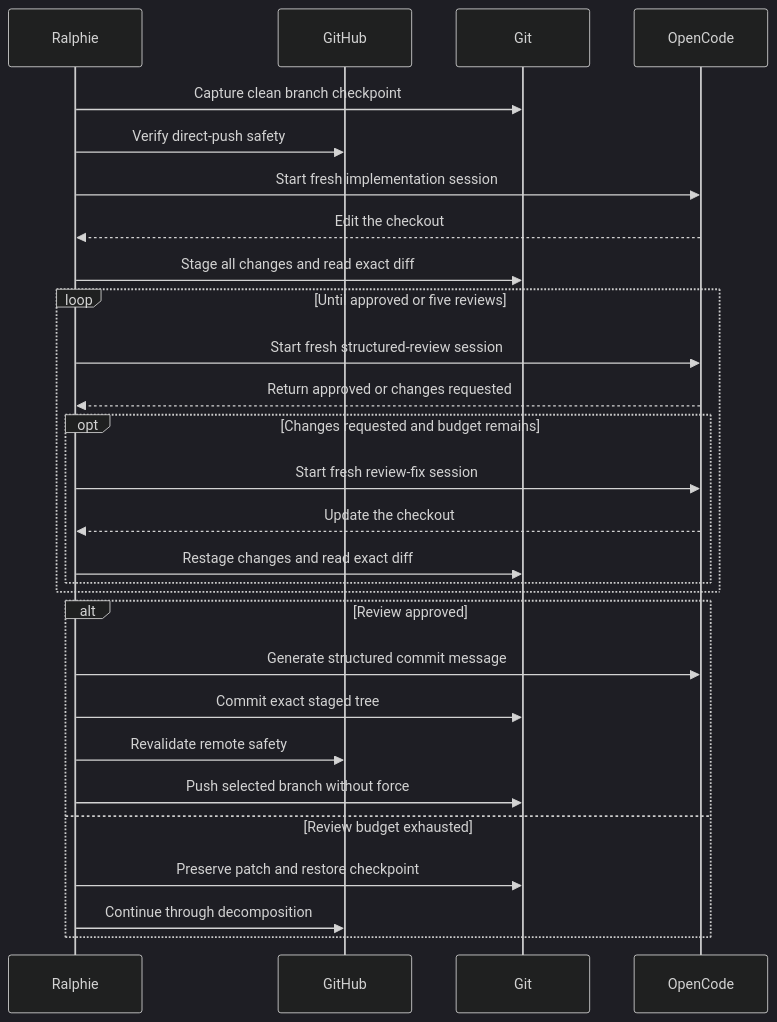
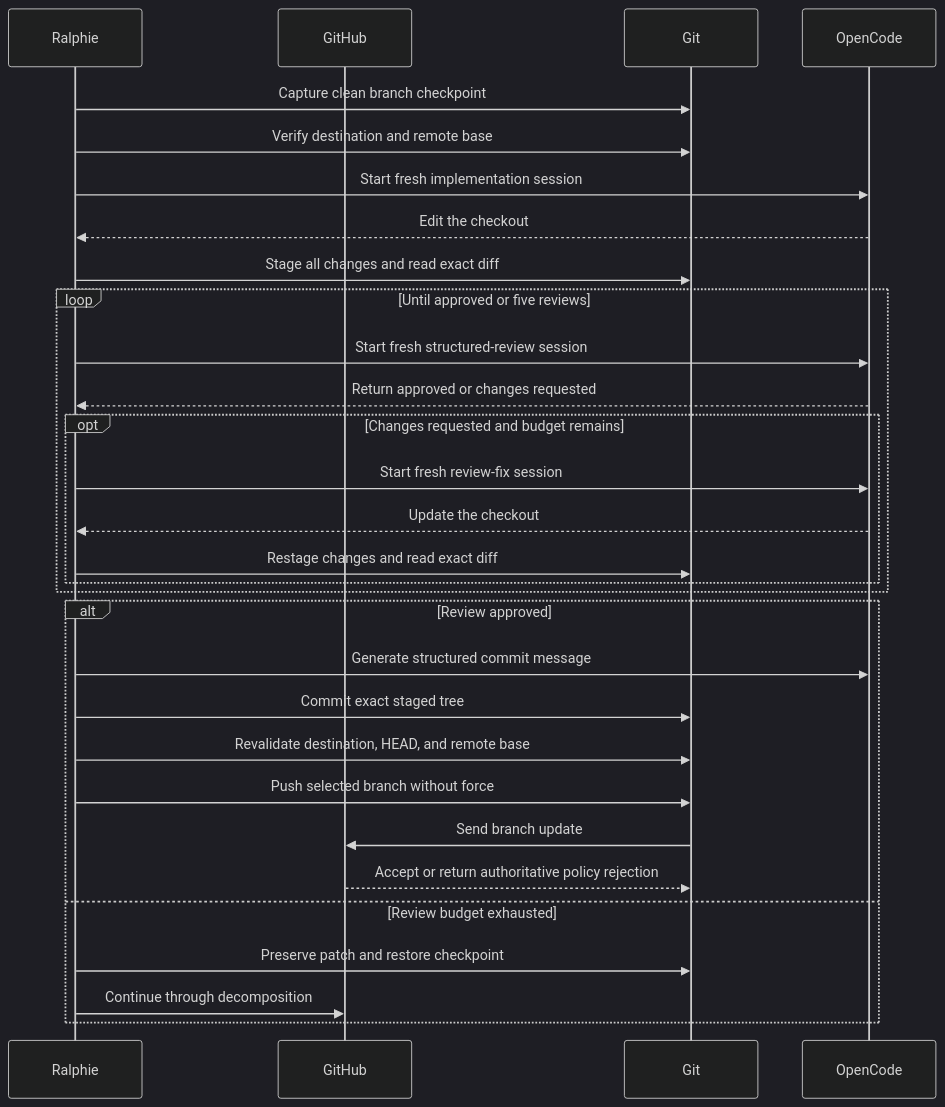
The second of 5 diagrams in README.md (beremaran/ralphie), drawn with Mermaid (dark theme) before and after one commit. The commit also changed other lines of this file and 9 other files, not shown here.

Commit message:
defer branch policy enforcement to push

````diff
--- a/README.md
+++ b/README.md
@@ -150,33 +150,35 @@
 ```mermaid
 sequenceDiagram
     participant R as Ralphie
     participant GH as GitHub
     participant G as Git
     participant O as OpenCode
 
     R->>G: Capture clean branch checkpoint
-    R->>GH: Verify direct-push safety
+    R->>G: Verify destination and remote base
     R->>O: Start fresh implementation session
     O-->>R: Edit the checkout
     R->>G: Stage all changes and read exact diff
 
     loop Until approved or five reviews
         R->>O: Start fresh structured-review session
         O-->>R: Return approved or changes requested
         opt Changes requested and budget remains
             R->>O: Start fresh review-fix session
             O-->>R: Update the checkout
             R->>G: Restage changes and read exact diff
         end
     end
 
     alt Review approved
         R->>O: Generate structured commit message
         R->>G: Commit exact staged tree
-        R->>GH: Revalidate remote safety
+        R->>G: Revalidate destination, HEAD, and remote base
         R->>G: Push selected branch without force
+        G->>GH: Send branch update
+        GH-->>G: Accept or return authoritative policy rejection
     else Review budget exhausted
         R->>G: Preserve patch and restore checkpoint
         R->>GH: Continue through decomposition
     end
 ```
````
